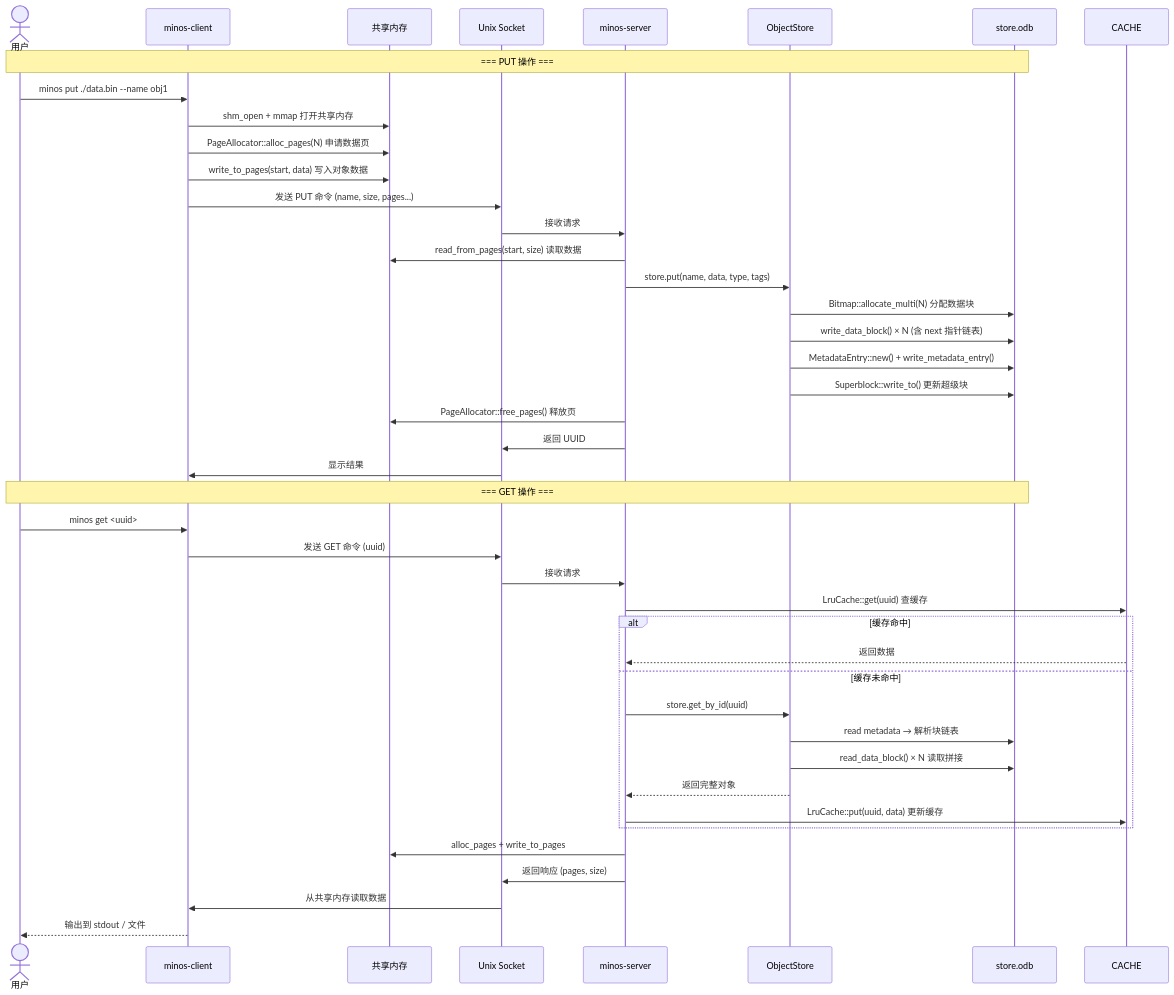
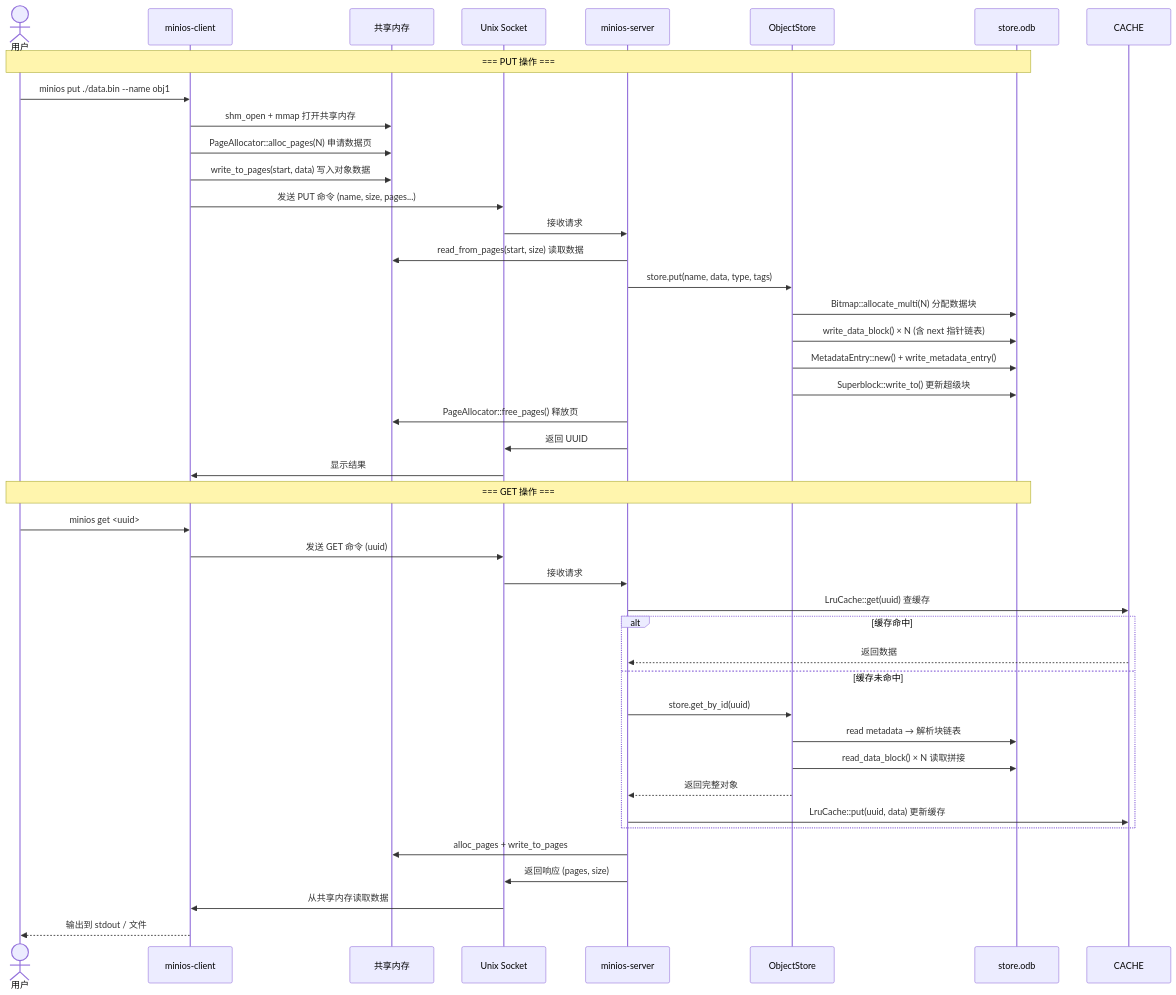
One commit to Faye-bit/MiniOS_CUG_SE_OS changed the second of 16 diagrams in design.md. Above: the diagram before and after it, drawn with Mermaid. The commit also changed other lines of this file and 31 other files, not shown here.

First line of the commit message:
fix: 修复 STOP 命令触发段错误 — 函数指针误写 + 项目重命名 minos→minios

````diff
--- a/design.md
+++ b/design.md
@@ -46,48 +46,48 @@
 ```mermaid
 sequenceDiagram
     actor User as 用户
-    participant CLI as minos-client
+    participant CLI as minios-client
     participant SHM as 共享内存
     participant SOCK as Unix Socket
-    participant SRV as minos-server
+    participant SRV as minios-server
     participant ENG as ObjectStore
     participant ODB as store.odb
 
     Note over User,ODB: === PUT 操作 ===
 
-    User->>CLI: minos put ./data.bin --name obj1
+    User->>CLI: minios put ./data.bin --name obj1
     CLI->>SHM: shm_open + mmap 打开共享内存
     CLI->>SHM: PageAllocator::alloc_pages(N) 申请数据页
     CLI->>SHM: write_to_pages(start, data) 写入对象数据
     CLI->>SOCK: 发送 PUT 命令 (name, size, pages...)
     SOCK->>SRV: 接收请求
     SRV->>SHM: read_from_pages(start, size) 读取数据
     SRV->>ENG: store.put(name, data, type, tags)
     ENG->>ODB: Bitmap::allocate_multi(N) 分配数据块
     ENG->>ODB: write_data_block() × N (含 next 指针链表)
     ENG->>ODB: MetadataEntry::new() + write_metadata_entry()
     ENG->>ODB: Superblock::write_to() 更新超级块
     SRV->>SHM: PageAllocator::free_pages() 释放页
     SRV->>SOCK: 返回 UUID
     SOCK->>CLI: 显示结果
 
     Note over User,ODB: === GET 操作 ===
 
-    User->>CLI: minos get <uuid>
+    User->>CLI: minios get <uuid>
     CLI->>SOCK: 发送 GET 命令 (uuid)
     SOCK->>SRV: 接收请求
     SRV->>CACHE: LruCache::get(uuid) 查缓存
     alt 缓存命中
         CACHE-->>SRV: 返回数据
     else 缓存未命中
         SRV->>ENG: store.get_by_id(uuid)
         ENG->>ODB: read metadata → 解析块链表
         ENG->>ODB: read_data_block() × N 读取拼接
         ENG-->>SRV: 返回完整对象
         SRV->>CACHE: LruCache::put(uuid, data) 更新缓存
     end
     SRV->>SHM: alloc_pages + write_to_pages
     SRV->>SOCK: 返回响应 (pages, size)
     SOCK->>CLI: 从共享内存读取数据
     CLI-->>User: 输出到 stdout / 文件
 ```
````
